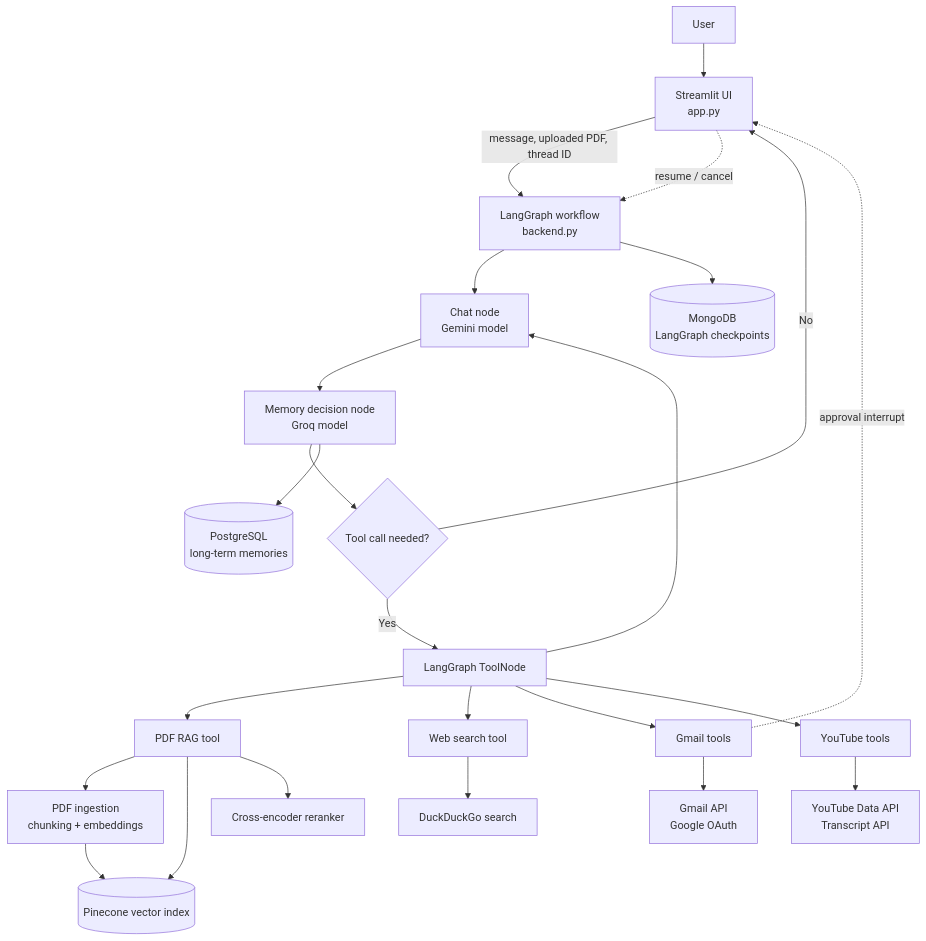
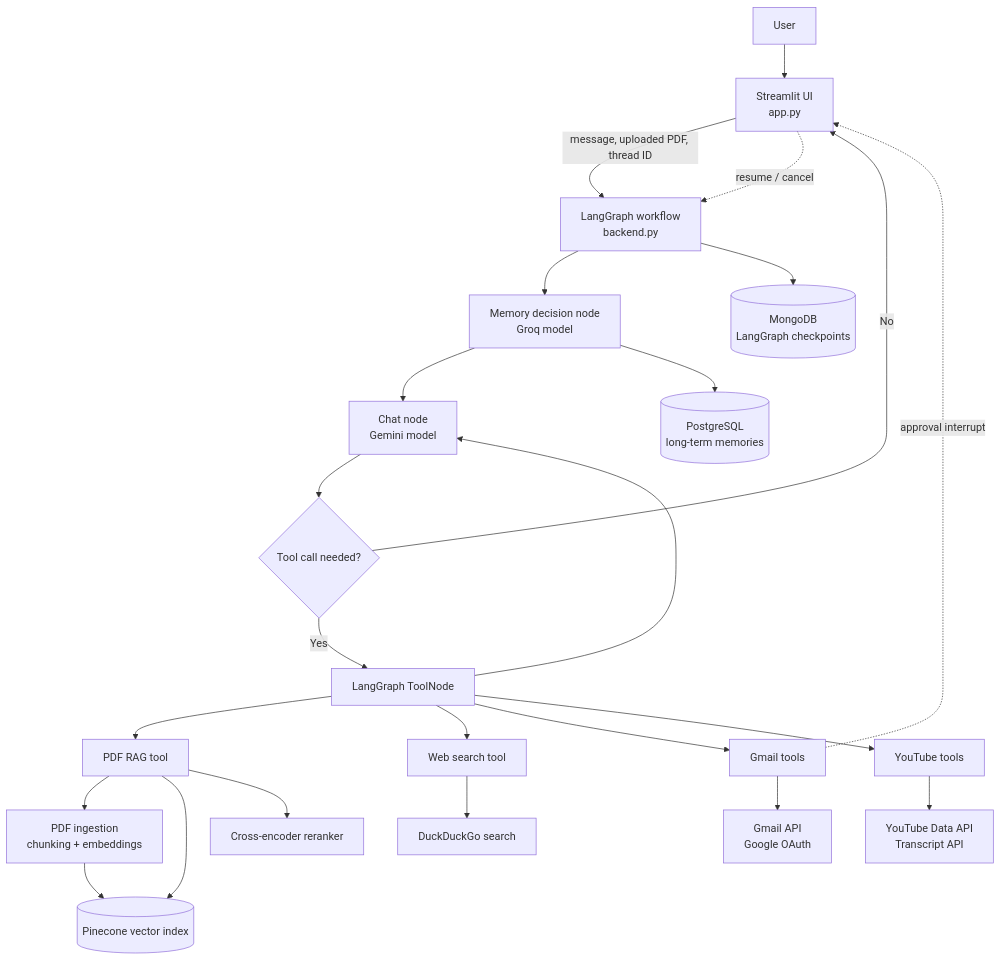
One commit to Soumya-techy/Atlas---personal-AI-assistant changed the diagram in README.md. Above: the diagram before and after it, drawn with Mermaid. The commit also changed other lines of this file and 1 other file, not shown here.

Commit message:
changed the workflow architecture to reduce latency and unnecessary llm calls

````diff
--- a/README.md
+++ b/README.md
@@ -19,32 +19,32 @@
 ```mermaid
 flowchart TB
     U[User] --> UI[Streamlit UI<br/>app.py]
     UI -->|message, uploaded PDF, thread ID| G[LangGraph workflow<br/>backend.py]
 
-    G --> C[Chat node<br/>Gemini model]
-    C --> M[Memory decision node<br/>Groq model]
-    M --> R{Tool call needed?}
+    G --> M[Memory decision node<br/>Groq model]
+    M --> C[Chat node<br/>Gemini model]
+    C --> R{Tool call needed?}
     R -->|No| UI
     R -->|Yes| T[LangGraph ToolNode]
     T --> C
 
     T --> DOC[PDF RAG tool]
     T --> WEB[Web search tool]
     T --> MAIL[Gmail tools]
     T --> YT[YouTube tools]
 
     DOC --> INGEST[PDF ingestion<br/>chunking + embeddings]
     INGEST --> PC[(Pinecone vector index)]
     DOC --> PC
     DOC --> RR[Cross-encoder reranker]
 
     WEB --> DDG[DuckDuckGo search]
     MAIL --> GOOGLE[Gmail API<br/>Google OAuth]
     YT --> YOUTUBE[YouTube Data API<br/>Transcript API]
 
     G --> MC[(MongoDB<br/>LangGraph checkpoints)]
     M --> PG[(PostgreSQL<br/>long-term memories)]
 
     MAIL -. approval interrupt .-> UI
     UI -. resume / cancel .-> G
 ```
````
